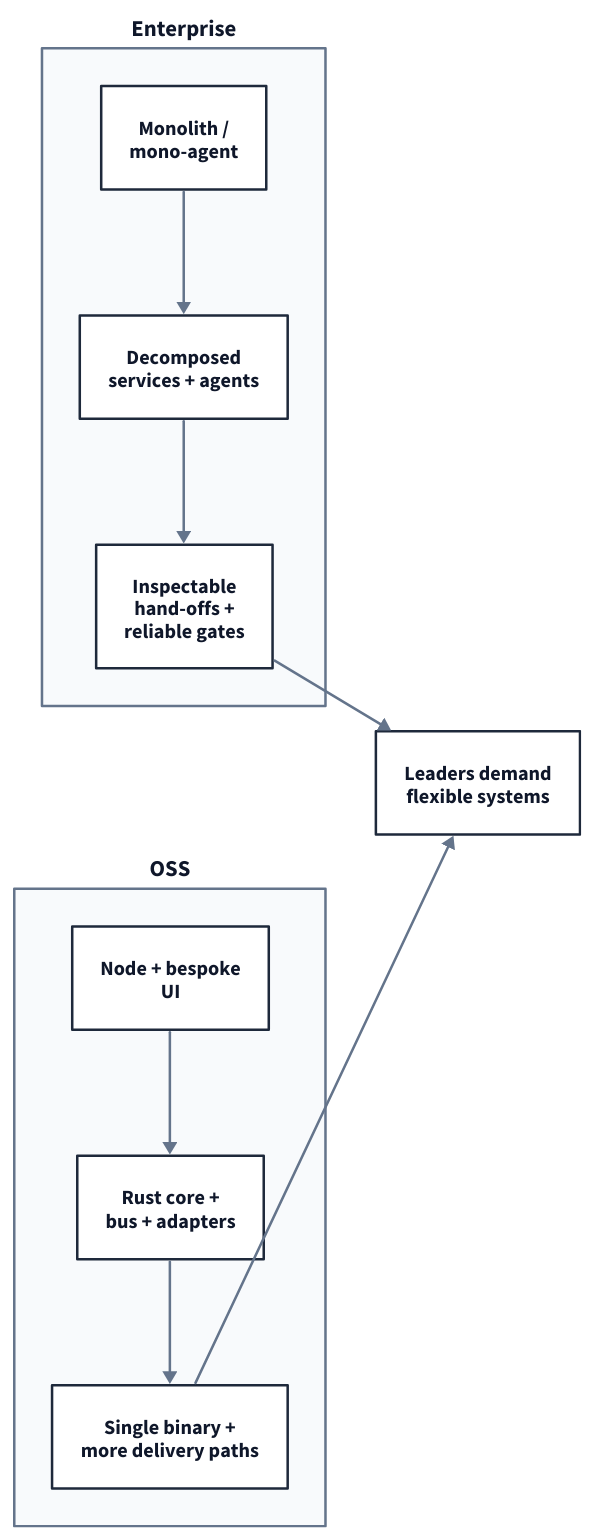
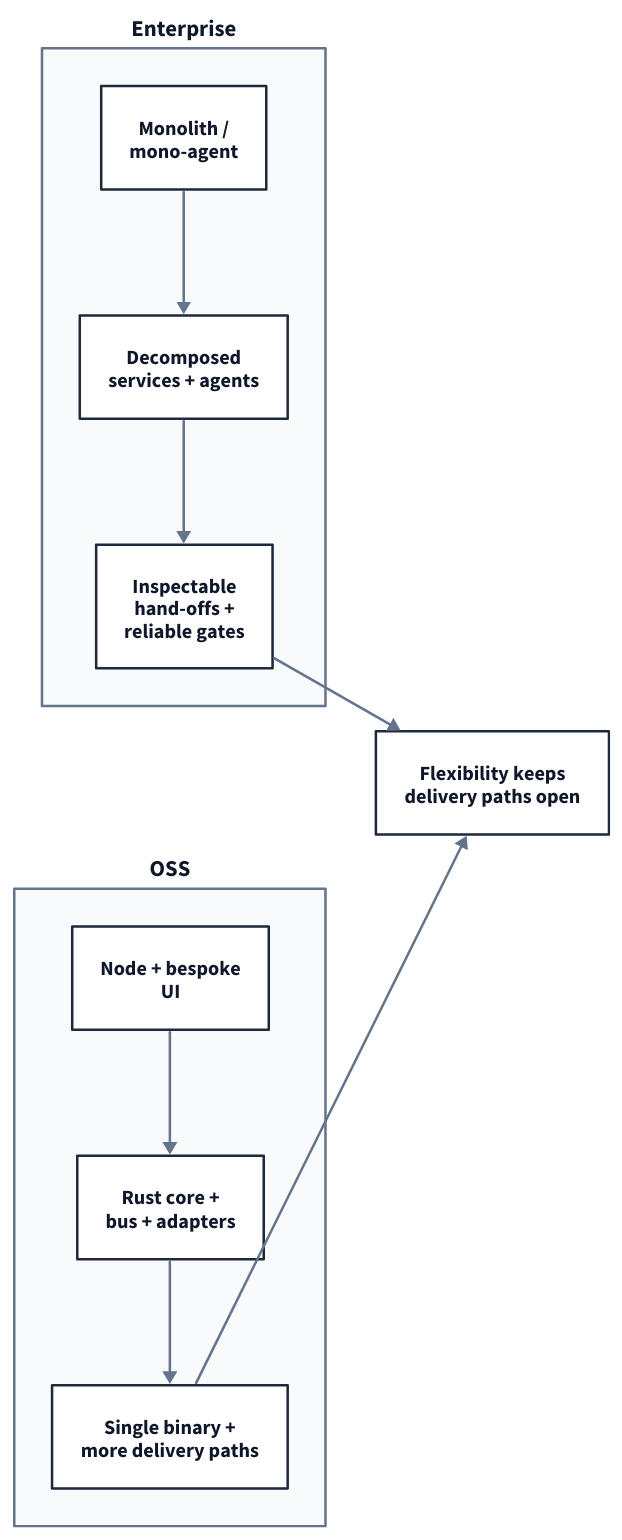
The diagram in viz/architecture-flexibility-map.d2 (muness/muness.github.io), drawn with D2 before and after one commit. The commit also changed 2 other files, not shown here.

Commit message:
Refine flexibility label and supporting line

```diff
--- a/viz/architecture-flexibility-map.d2
+++ b/viz/architecture-flexibility-map.d2
@@ -1,96 +1,96 @@
 direction: right
 
 vars: {
   stroke: "#1E293B"
   accent: "#64748B"
   text: "#0F172A"
   lane: "#F8FAFC"
 }
 
 classes: {
   box: {
     style: {
       stroke: ${stroke}
       stroke-width: 2
       font-color: ${text}
       font-size: 16
       bold: true
       fill: "#FFFFFF"
     }
   }
   lane: {
     style: {
       stroke: ${accent}
       stroke-width: 2
       font-color: ${text}
       font-size: 18
       bold: true
       fill: ${lane}
     }
   }
   edge: {
     style: {
       stroke: ${accent}
       stroke-width: 2
       font-color: ${accent}
       font-size: 14
     }
   }
 }
 
 enterprise: {
   class: lane
   label: "Enterprise"
   near: top-left
 
   ent_before: {
     class: box
     label: "Monolith /\nmono-agent"
   }
 
   ent_after: {
     class: box
     label: "Decomposed\nservices + agents"
   }
 
   ent_outcome: {
     class: box
     label: "Inspectable\nhand-offs +\nreliable gates"
   }
 
   ent_before -> ent_after: {class: edge}
   ent_after -> ent_outcome: {class: edge}
 }
 
 oss: {
   class: lane
   label: "OSS"
   near: bottom-left
 
   oss_before: {
     class: box
     label: "Node + bespoke\nUI"
   }
 
   oss_after: {
     class: box
     label: "Rust core +\nbus + adapters"
   }
 
   oss_outcome: {
     class: box
     label: "Single binary +\nmore delivery paths"
   }
 
   oss_before -> oss_after: {class: edge}
   oss_after -> oss_outcome: {class: edge}
 }
 
 leaders: {
   class: box
-  label: "Leaders demand\nflexible systems"
+  label: "Flexibility keeps\ndelivery paths open"
   near: center-right
 }
 
 enterprise.ent_outcome -> leaders: {class: edge}
 oss.oss_outcome -> leaders: {class: edge}
```
